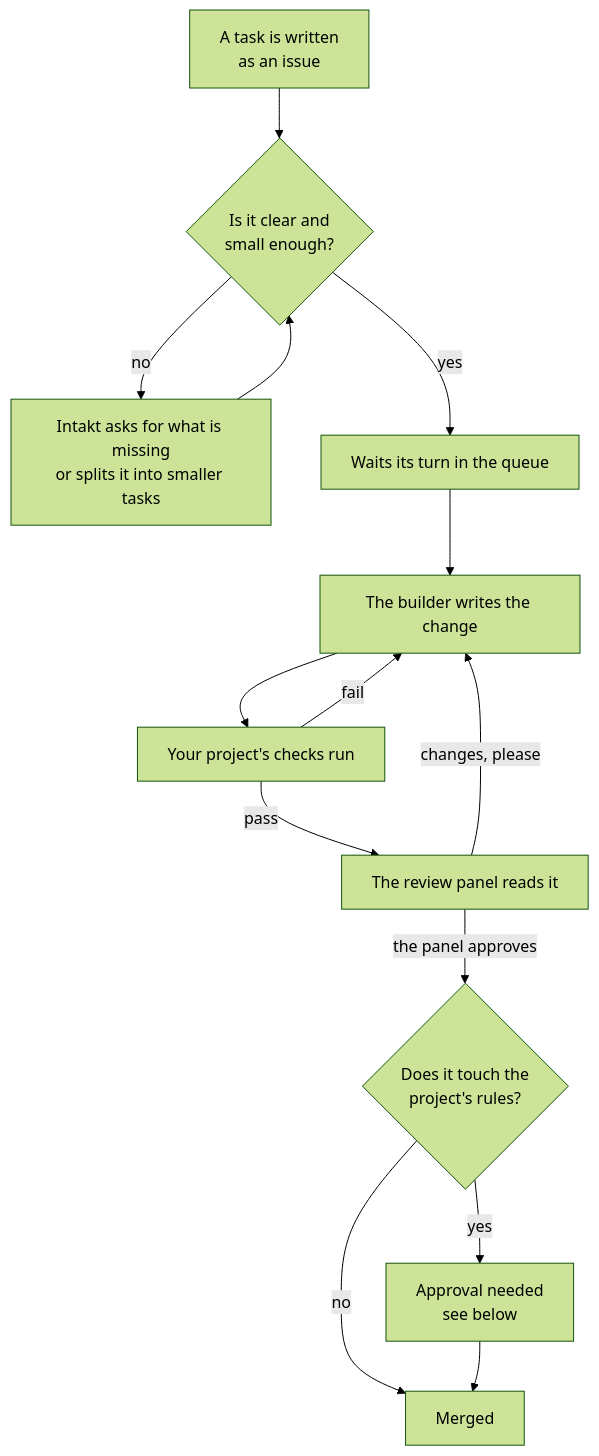
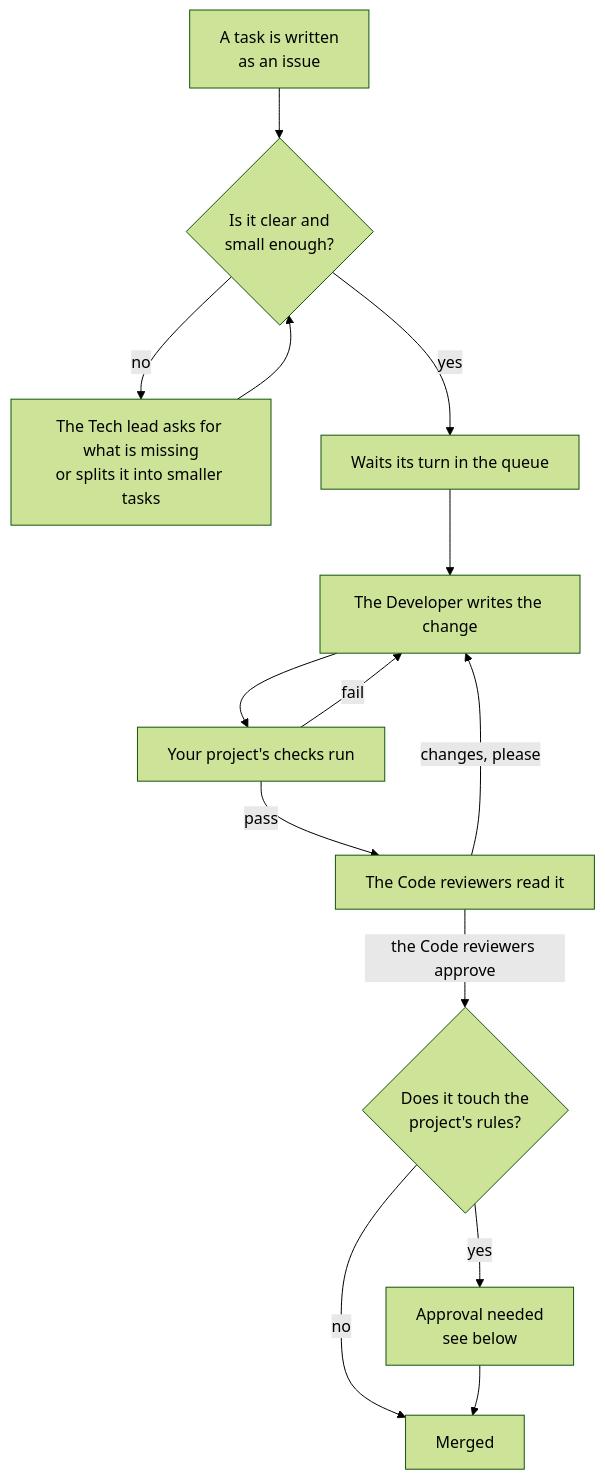
Before and after one commit to shinyredapples/intakt: the second of 6 diagrams in docs/guide/how-intakt-works.md, drawn with Mermaid (forest theme). The commit also changed other lines of this file and 22 other files, not shown here.

````diff
--- a/docs/guide/how-intakt-works.md
+++ b/docs/guide/how-intakt-works.md
@@ -38,16 +51,16 @@
 ```mermaid
 flowchart TD
   a[A task is written<br/>as an issue] --> b{Is it clear and<br/>small enough?}
-  b -- no --> b2[Intakt asks for what is missing<br/>or splits it into smaller tasks]
+  b -- no --> b2[The Tech lead asks for what is missing<br/>or splits it into smaller tasks]
   b2 --> b
   b -- yes --> c[Waits its turn in the queue]
-  c --> d[The builder writes the change]
+  c --> d[The Developer writes the change]
   d --> e[Your project's checks run]
   e -- fail --> d
-  e -- pass --> f[The review panel reads it]
+  e -- pass --> f[The Code reviewers read it]
   f -- "changes, please" --> d
-  f -- the panel approves --> g{Does it touch the<br/>project's rules?}
+  f -- the Code reviewers approve --> g{Does it touch the<br/>project's rules?}
   g -- no --> h[Merged]
   g -- yes --> i[Approval needed<br/>see below]
   i --> h
 ```
````
